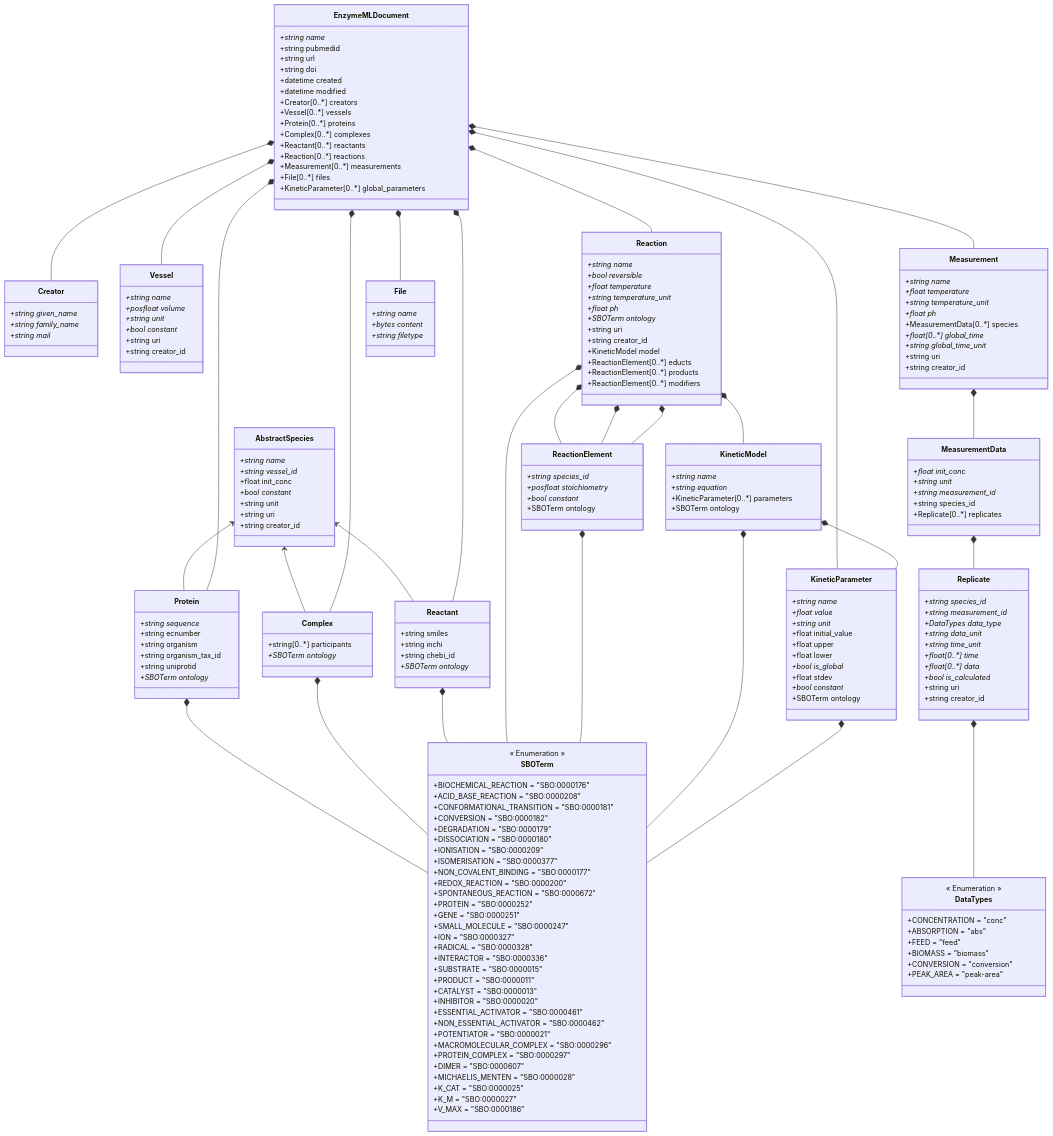
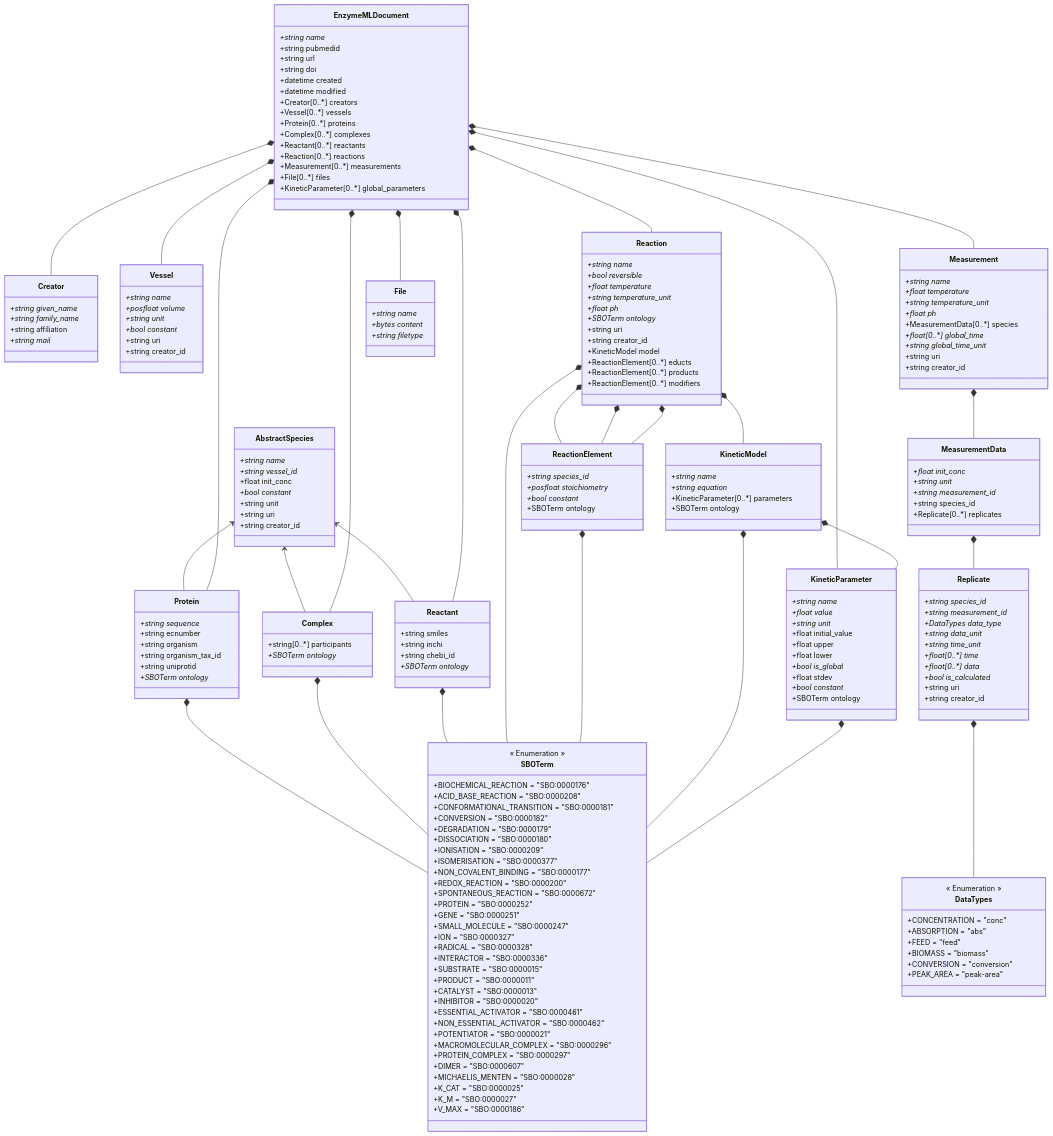
One commit to EnzymeML/enzymeml-specifications changed the diagram in PyEnzyme/schemes/```.md. Above: the diagram before and after it, drawn with Mermaid. The commit also changed 3 other files, not shown here.

````diff
--- a/PyEnzyme/schemes/```.md
+++ b/PyEnzyme/schemes/```.md
@@ -49,6 +49,7 @@
     class Creator {
         +string given_name*
         +string family_name*
+        +string affiliation
         +string mail*
     }
     
````
